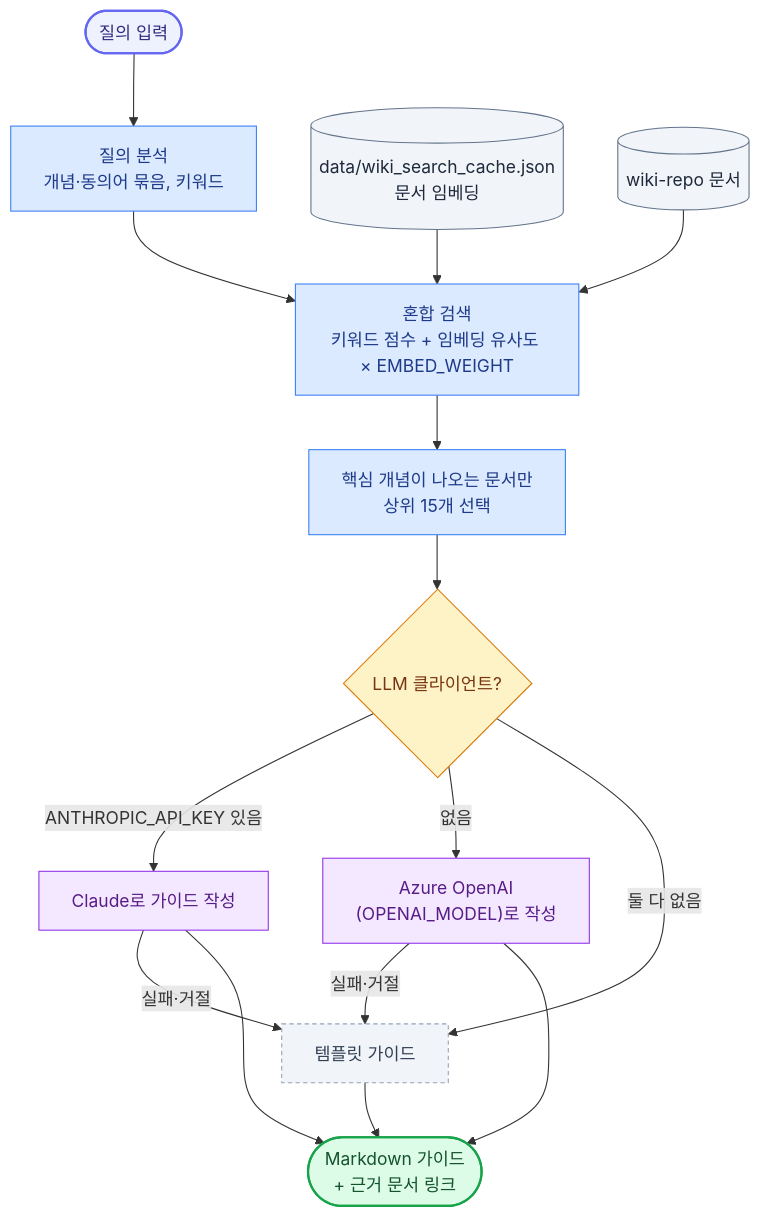
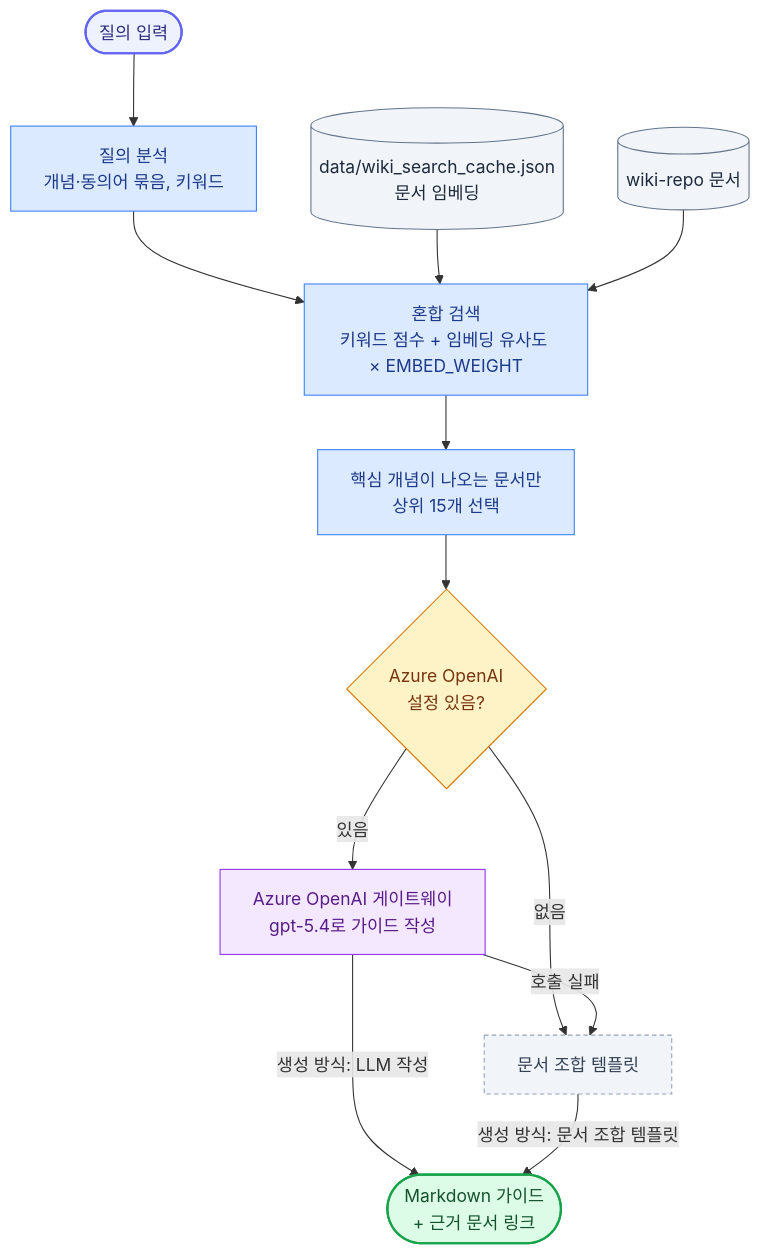
One commit to pcmola/ai-master changed the fourth of 6 diagrams in README.md. Above: the diagram before and after it, drawn with Mermaid. The commit also changed other lines of this file and 1 other file, not shown here.

Commit message:
Update sources 2026-10-20 05:46

````diff
--- a/README.md
+++ b/README.md
@@ -226,29 +223,29 @@
 ```mermaid
 flowchart TD
     q(["질의 입력"]) --> analyze["질의 분석<br/>개념·동의어 묶음, 키워드"]
     analyze --> rank["혼합 검색<br/>키워드 점수 + 임베딩 유사도 × EMBED_WEIGHT"]
     cache[("data/wiki_search_cache.json<br/>문서 임베딩")] --> rank
     repo[("wiki-repo 문서")] --> rank
     rank --> filter["핵심 개념이 나오는 문서만<br/>상위 15개 선택"]
-    filter --> llm{"LLM 클라이언트?"}
-    llm -- "ANTHROPIC_API_KEY 있음" --> claude["Claude로 가이드 작성"]
-    llm -- "없음" --> openai["Azure OpenAI<br/>(OPENAI_MODEL)로 작성"]
-    llm -- "둘 다 없음" --> tpl["템플릿 가이드"]
-    claude & openai -- "실패·거절" --> tpl
-    claude & openai & tpl --> out(["Markdown 가이드<br/>+ 근거 문서 링크"])
+    filter --> llm{"Azure OpenAI<br/>설정 있음?"}
+    llm -- "있음" --> openai["Azure OpenAI 게이트웨이<br/>gpt-5.4로 가이드 작성"]
+    llm -- "없음" --> tpl["문서 조합 템플릿"]
+    openai -- "호출 실패" --> tpl
+    openai -- "생성 방식: LLM 작성" --> out(["Markdown 가이드<br/>+ 근거 문서 링크"])
+    tpl -- "생성 방식: 문서 조합 템플릿" --> out
 
     classDef io fill:#EEF2FF,stroke:#6366F1,stroke-width:2px,color:#312E81
     classDef step fill:#DBEAFE,stroke:#3B82F6,color:#1E3A8A
     classDef store fill:#F1F5F9,stroke:#64748B,color:#1E293B
     classDef decide fill:#FEF3C7,stroke:#D97706,color:#78350F
     classDef llm fill:#F3E8FF,stroke:#9333EA,color:#581C87
     classDef fallback fill:#F1F5F9,stroke:#94A3B8,stroke-dasharray:4 3,color:#334155
     classDef done fill:#DCFCE7,stroke:#16A34A,stroke-width:2px,color:#14532D
     class q io
     class analyze,rank,filter step
     class cache,repo store
     class llm decide
-    class claude,openai llm
+    class openai llm
     class tpl fallback
     class out done
 ```
````
